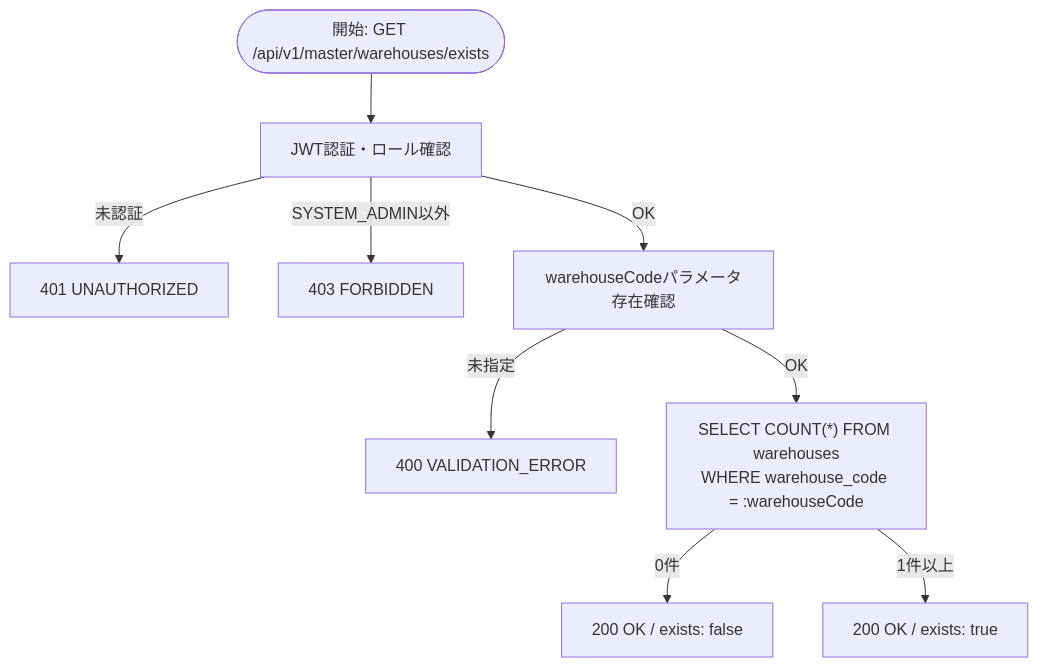
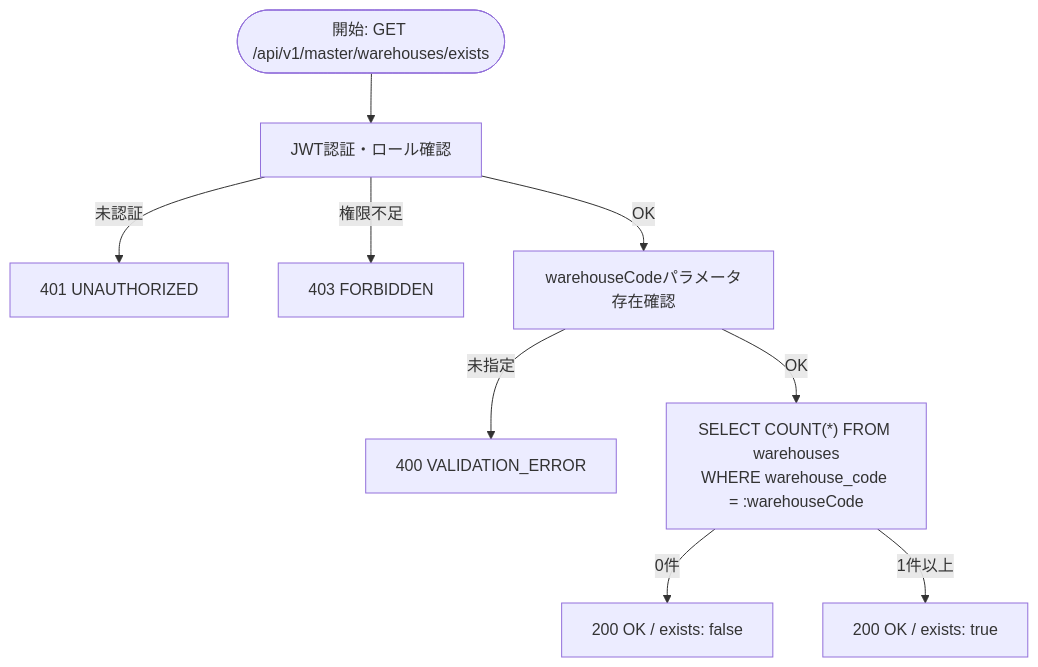
Before and after one commit to hidefumiagata/wms: the sixth of 21 diagrams in docs/functional-design/API-02-master-facility.md, drawn with Mermaid. The commit also changed other lines of this file, not shown here.

First line of the commit message:
docs(API-02): checkWarehouseCodeExists の認可ロールを SYSTEM_ADMIN + WAREHOUSE_MANAGER に修正 (#449)

````diff
--- a/docs/functional-design/API-02-master-facility.md
+++ b/docs/functional-design/API-02-master-facility.md
@@ -601,11 +602,11 @@
 ```mermaid
 flowchart TD
     START([開始: GET /api/v1/master/warehouses/exists]) --> AUTH[JWT認証・ロール確認]
     AUTH -->|未認証| ERR_401[401 UNAUTHORIZED]
-    AUTH -->|SYSTEM_ADMIN以外| ERR_403[403 FORBIDDEN]
+    AUTH -->|権限不足| ERR_403[403 FORBIDDEN]
     AUTH -->|OK| VALIDATE[warehouseCodeパラメータ存在確認]
     VALIDATE -->|未指定| ERR_400[400 VALIDATION_ERROR]
     VALIDATE -->|OK| CHECK["SELECT COUNT(*) FROM warehouses<br/>WHERE warehouse_code = :warehouseCode"]
     CHECK -->|0件| RES_FALSE[200 OK / exists: false]
     CHECK -->|1件以上| RES_TRUE[200 OK / exists: true]
 ```
````
